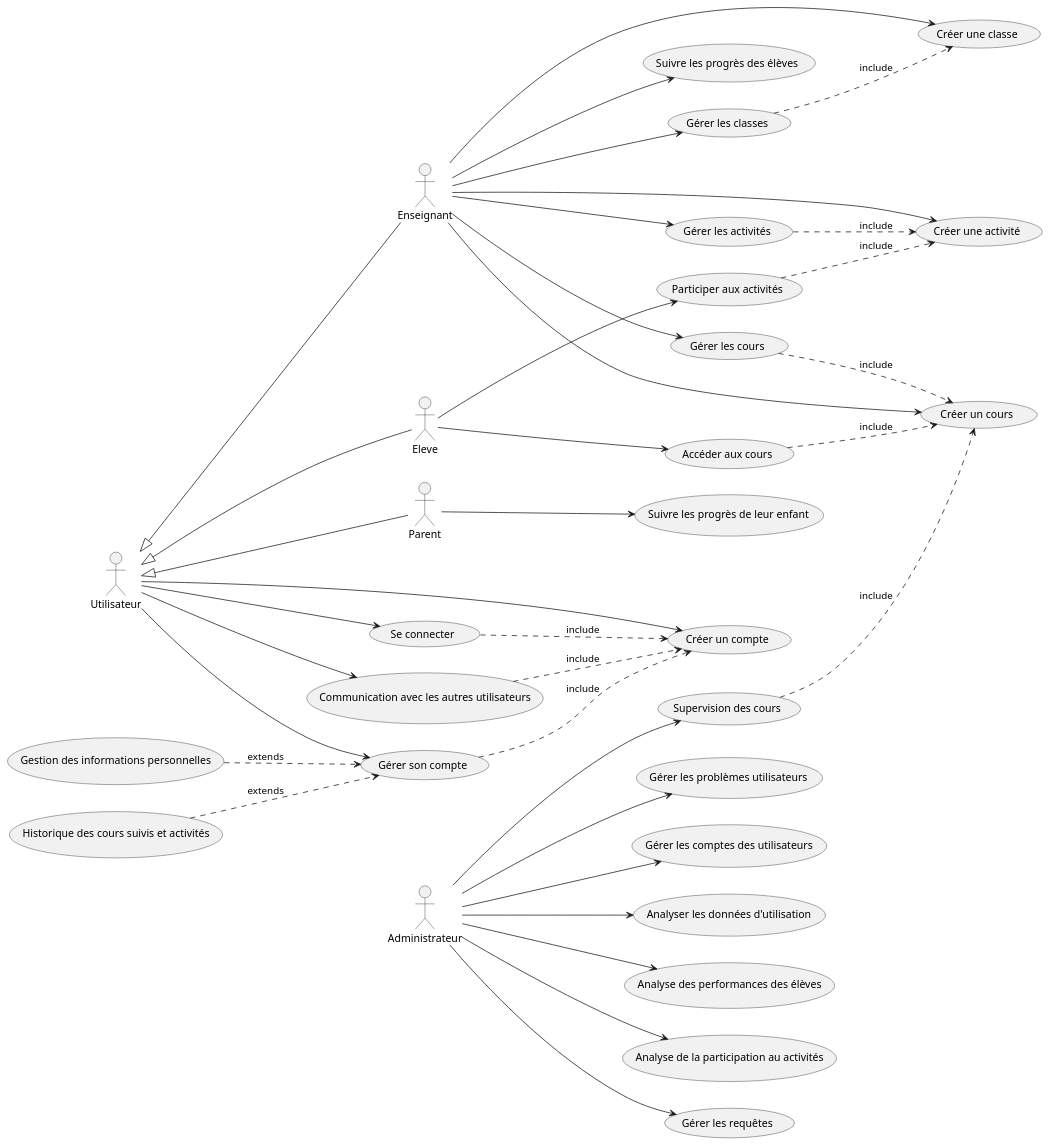
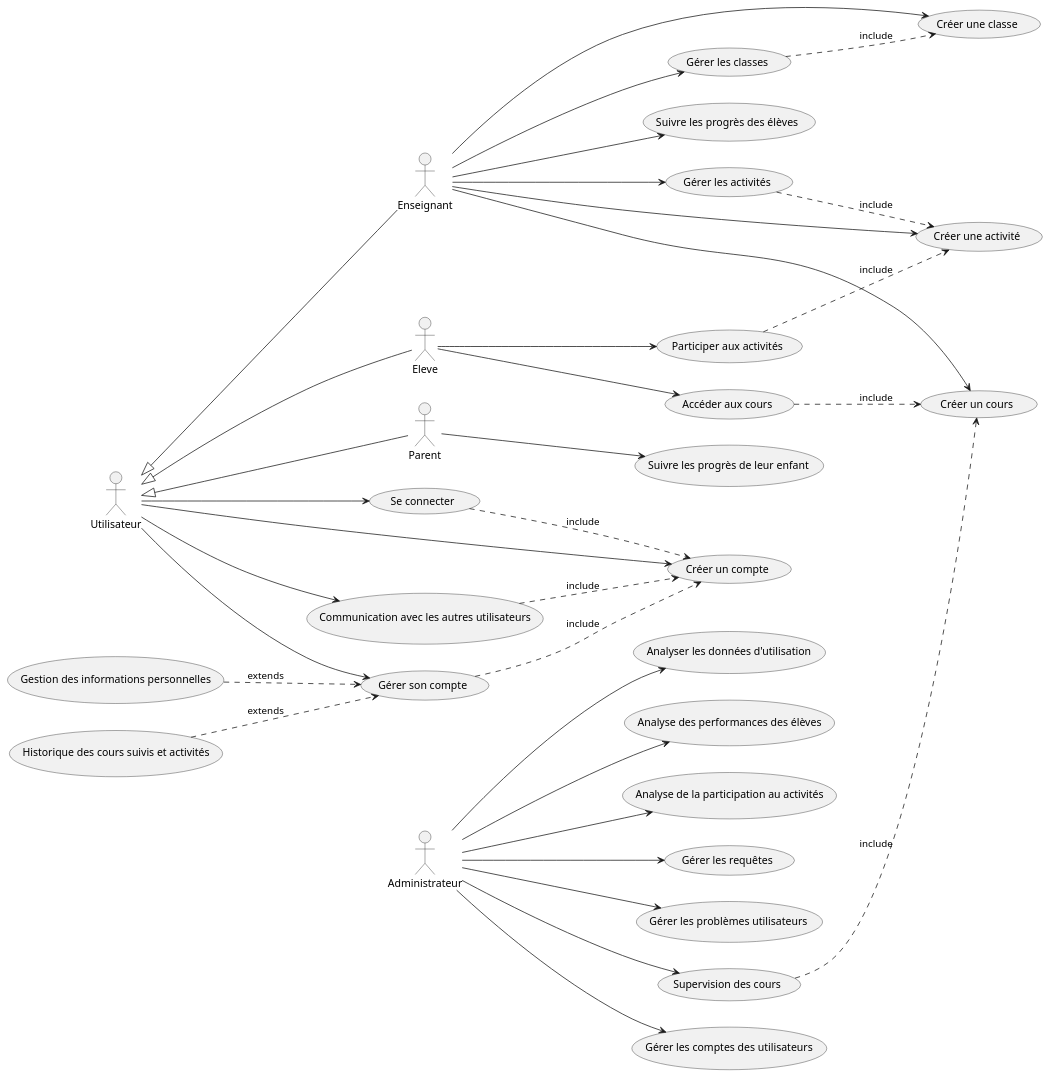
One commit to AurelienDillies/Primeo changed the diagram in Conception/use_case/use_case.puml. Above: the diagram before and after it, drawn with PlantUML.

Commit message:
Modification use case

```diff
--- a/Conception/use_case/use_case.puml
+++ b/Conception/use_case/use_case.puml
@@ -1,52 +1,50 @@
 @startuml Digiforma
 left to right direction
 
 actor :Enseignant:
 actor :Eleve:
 actor :Parent:
 actor :Administrateur:
 actor :Utilisateur:
 
 :Utilisateur: <|-- :Enseignant:
 :Utilisateur: <|-- :Eleve:
 :Utilisateur: <|-- :Parent:
 
 :Utilisateur: --> (Créer un compte)
 :Utilisateur: --> (Se connecter)
 :Utilisateur: --> (Gérer son compte)
 :Utilisateur: --> (Communication avec les autres utilisateurs)
 
 :Enseignant: --> (Créer une classe)
 :Enseignant: --> (Gérer les classes)
 :Enseignant: --> (Créer un cours)
-:Enseignant: --> (Gérer les cours)
 :Enseignant: --> (Créer une activité)
 :Enseignant: --> (Gérer les activités)
 :Enseignant: --> (Suivre les progrès des élèves)
 
 :Eleve: --> (Accéder aux cours)
 :Eleve: --> (Participer aux activités)
 
 :Parent: --> (Suivre les progrès de leur enfant)
 
 :Administrateur: --> (Gérer les comptes des utilisateurs)
 :Administrateur: --> (Supervision des cours)
 :Administrateur: --> (Analyser les données d'utilisation)
 :Administrateur: --> (Analyse des performances des élèves)
 :Administrateur: --> (Analyse de la participation au activités)
 :Administrateur: --> (Gérer les requêtes)
 :Administrateur: --> (Gérer les problèmes utilisateurs)
 
 (Se connecter) ..> (Créer un compte) :include
 (Gérer son compte) ..> (Créer un compte) :include
 (Communication avec les autres utilisateurs) ..> (Créer un compte) :include
 (Gestion des informations personnelles) ..> (Gérer son compte) :extends
 (Historique des cours suivis et activités) ..> (Gérer son compte) :extends
 (Gérer les classes) ..> (Créer une classe) :include
-(Gérer les cours) ..> (Créer un cours) :include
 (Gérer les activités) ..> (Créer une activité) :include
 (Accéder aux cours) ..> (Créer un cours) :include
 (Participer aux activités) ..> (Créer une activité) :include
 (Supervision des cours) ..> (Créer un cours) :include
 
 @enduml
```
